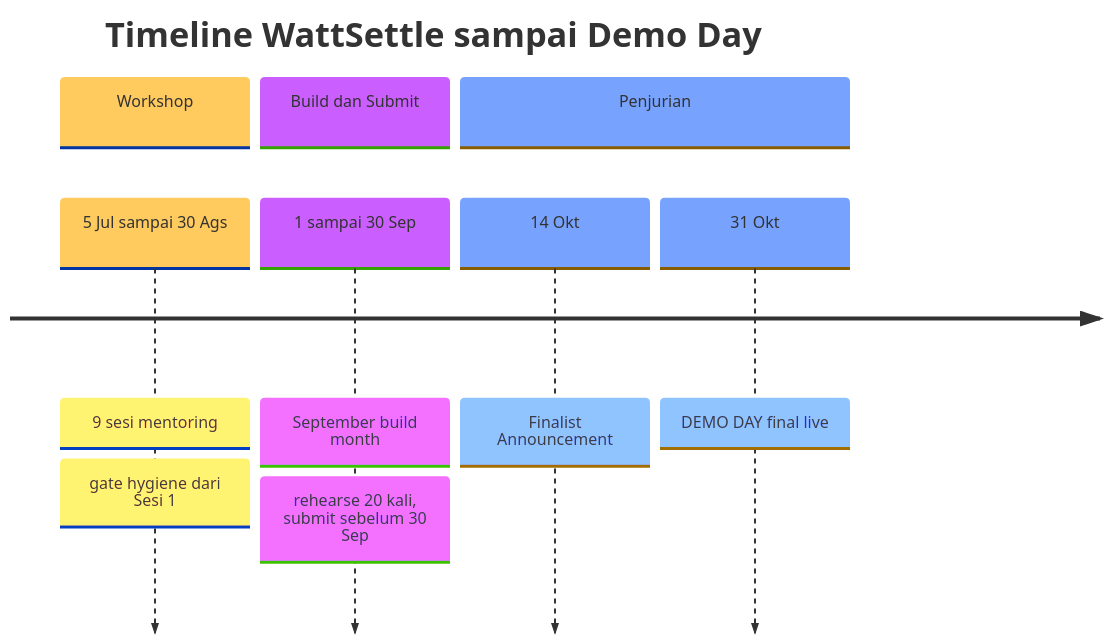
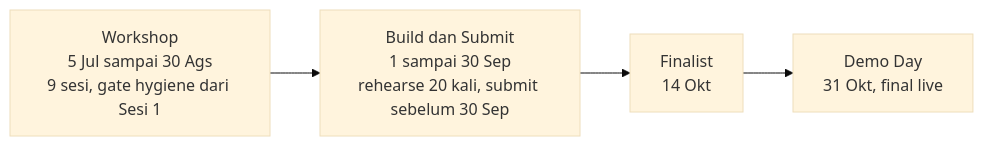
One commit to GifariKemal/wattsettle changed the diagram in WattSettle/13 Workflow Build.md. Above: the diagram before and after it, drawn with Mermaid (base theme). The commit also changed 2 other files, not shown here.

Commit message:
fix(wattsettle): ganti mermaid timeline ke flowchart LR agar render di GitHub
Diagram tipe timeline render kosong di GitHub. Diubah ke flowchart LR
(pasti render) di 01 Latar Belakang, 13 Workflow Build, 18 Roadmap.

````diff
--- a/WattSettle/13 Workflow Build.md
+++ b/WattSettle/13 Workflow Build.md
@@ -65,11 +65,6 @@
 ```mermaid
-timeline
-  title Timeline WattSettle sampai Demo Day
-  section Workshop
-    5 Jul sampai 30 Ags : 9 sesi mentoring : gate hygiene dari Sesi 1
-  section Build dan Submit
-    1 sampai 30 Sep : September build month : rehearse 20 kali, submit sebelum 30 Sep
-  section Penjurian
-    14 Okt : Finalist Announcement
-    31 Okt : DEMO DAY final live
+flowchart LR
+  A["Workshop<br/>5 Jul sampai 30 Ags<br/>9 sesi, gate hygiene dari Sesi 1"] --> B["Build dan Submit<br/>1 sampai 30 Sep<br/>rehearse 20 kali, submit sebelum 30 Sep"]
+  B --> C["Finalist<br/>14 Okt"]
+  C --> D["Demo Day<br/>31 Okt, final live"]
 ```
````
